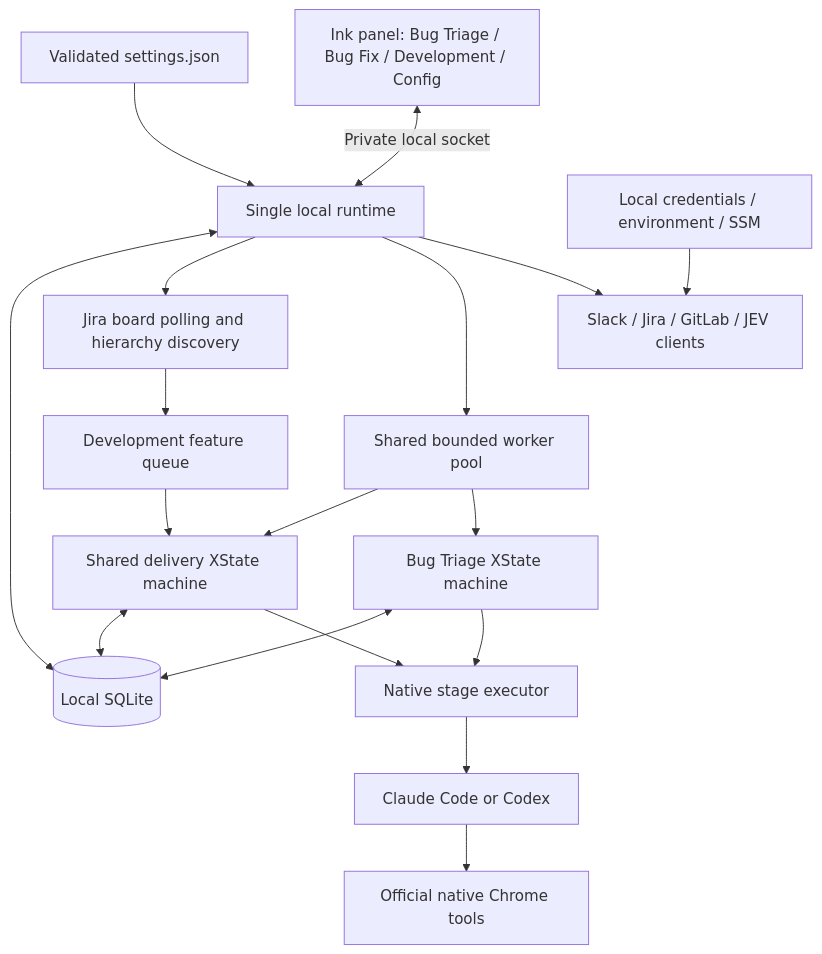
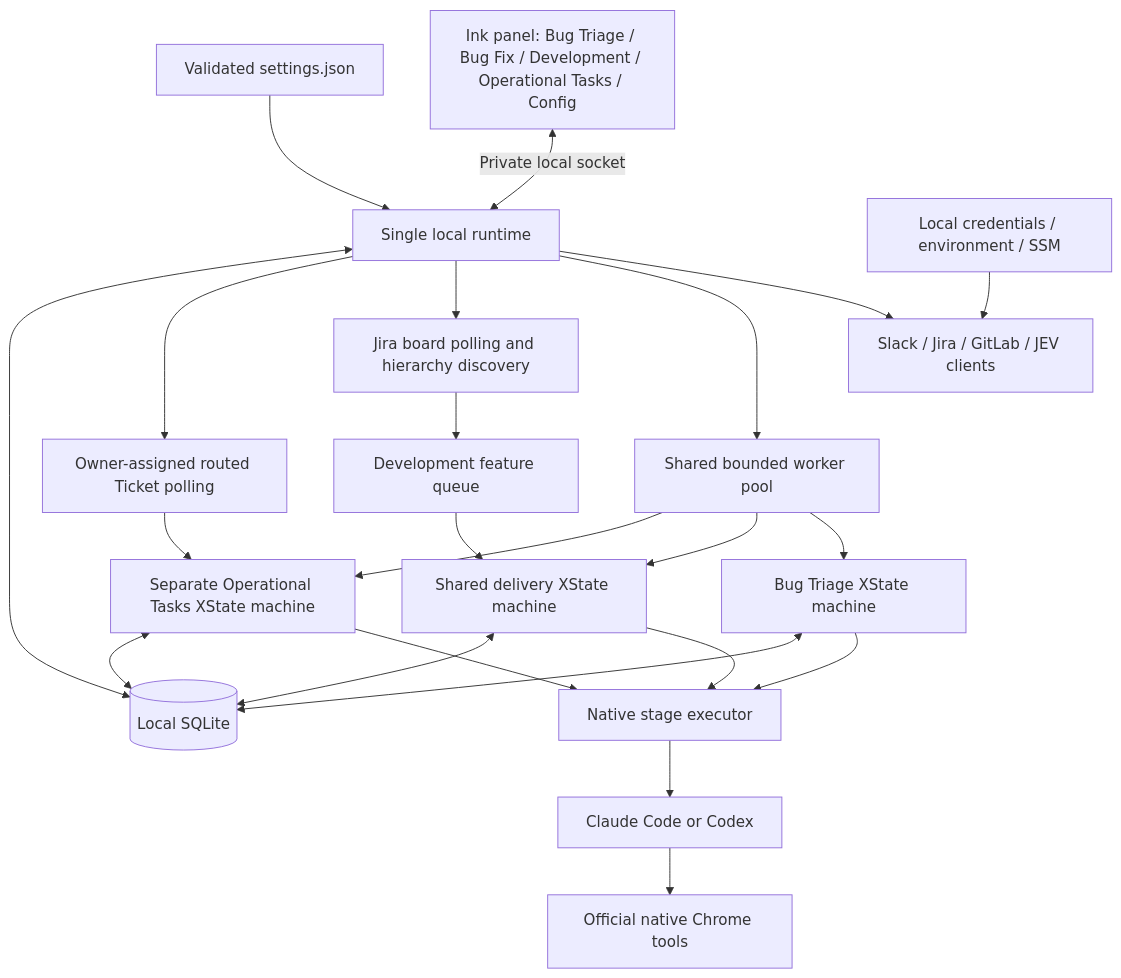
One commit to art-83/scabbers-cli changed the first of 6 diagrams in README.md. Above: the diagram before and after it, drawn with Mermaid. The commit also changed other lines of this file and 53 other files, not shown here.

````diff
--- a/README.md
+++ b/README.md
@@ -95,20 +95,25 @@
 ```mermaid
 flowchart TD
-    Panel[Ink panel: Bug Triage / Bug Fix / Development / Config] <-->|Private local socket| Runtime[Single local runtime]
+    Panel[Ink panel: Bug Triage / Bug Fix / Development / Operational Tasks / Config] <-->|Private local socket| Runtime[Single local runtime]
     Settings[Validated settings.json] --> Runtime
     Credentials[Local credentials / environment / SSM] --> Clients[Slack / Jira / GitLab / JEV clients]
     Runtime --> Clients
     Runtime --> Pool[Shared bounded worker pool]
     Pool --> Support[Bug Triage XState machine]
     Pool --> Development[Shared delivery XState machine]
     JiraIntake[Jira board polling and hierarchy discovery] --> Features[Development feature queue]
     Features --> Development
     Runtime --> JiraIntake
+    Runtime --> OperationalIntake[Owner-assigned routed Ticket polling]
+    OperationalIntake --> Operational[Separate Operational Tasks XState machine]
+    Pool --> Operational
+    Operational --> Executor
+    Operational <--> DB
     Support --> Executor[Native stage executor]
     Development --> Executor
     Executor --> Engine[Claude Code or Codex]
     Engine --> Browser[Official native Chrome tools]
     Runtime <--> DB[(Local SQLite)]
     Support <--> DB
     Development <--> DB
 ```
````
